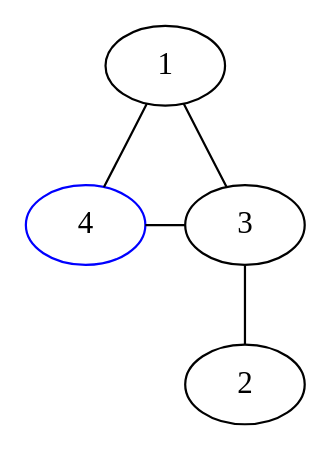
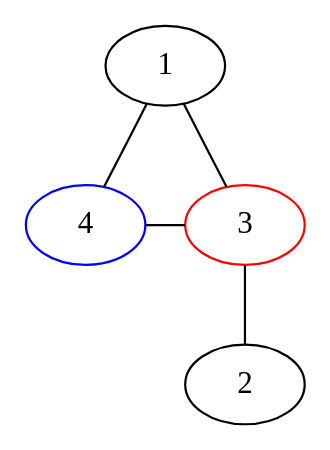
One commit to bilboquet/gamelib changed the diagram in sprouts/111.dot. Above: the diagram before and after it, drawn with Graphviz. The commit also changed 22 other files, not shown here.

```diff
--- a/sprouts/111.dot
+++ b/sprouts/111.dot
@@ -1,14 +1,15 @@
 graph {
   1 -- 4 -- 3;
   1 -- 3 -- 2;
 
   {
     rank="same";
     3;
     4;
 
   }
 
+  3 [color="red"];
   4 [color="blue"];
 
 }
```
